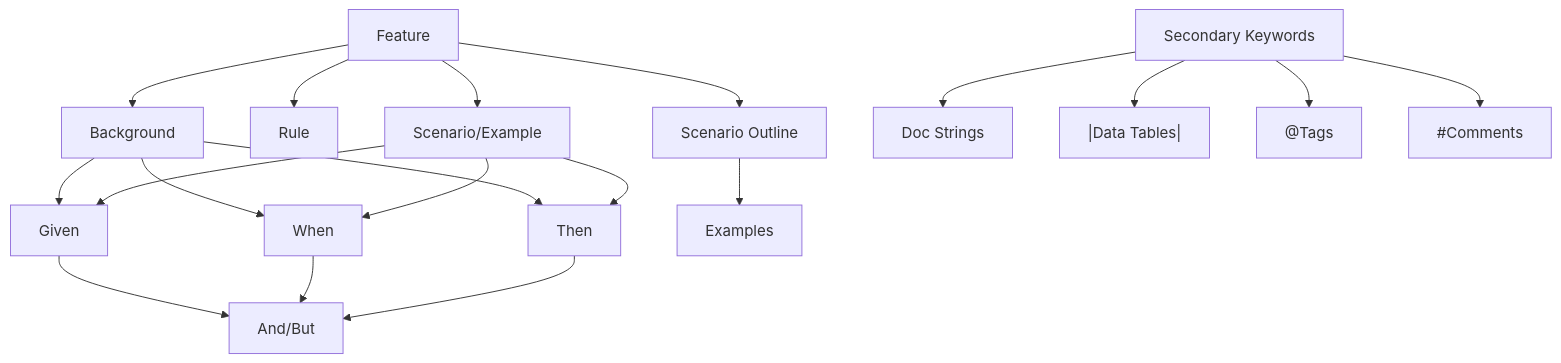
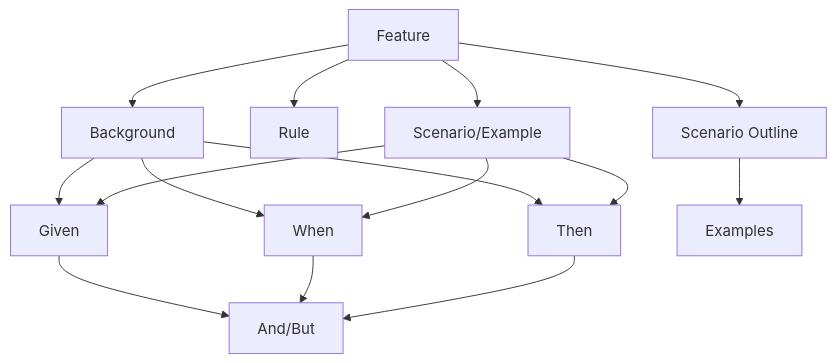
One commit to wahidyankf/oss changed the first of 3 diagrams in apps-standalone/ayokoding-web/content/en/learn/crash-courses/swe/stacks/automation/gherkin/basics.md. Above: the diagram before and after it, drawn with Mermaid. The commit also changed 27 other files, not shown here.

````diff
--- a/apps-standalone/ayokoding-web/content/en/learn/crash-courses/swe/stacks/automation/gherkin/basics.md
+++ b/apps-standalone/ayokoding-web/content/en/learn/crash-courses/swe/stacks/automation/gherkin/basics.md
@@ -58,26 +58,21 @@
 ```mermaid
 graph TD
     A[Feature] --> B[Background]
     A --> C[Rule]
     A --> D[Scenario/Example]
     A --> E[Scenario Outline]
 
     B --> F[Given]
     B --> G[When]
     B --> H[Then]
 
     D --> F
     D --> G
     D --> H
 
     E --> I[Examples]
 
     F --> J[And/But]
     G --> J
     H --> J
-
-    K[Secondary Keywords] --> L["""Doc Strings"""]
-    K --> M["|Data Tables|"]
-    K --> N["@Tags"]
-    K --> O["#Comments"]
 ```
````
